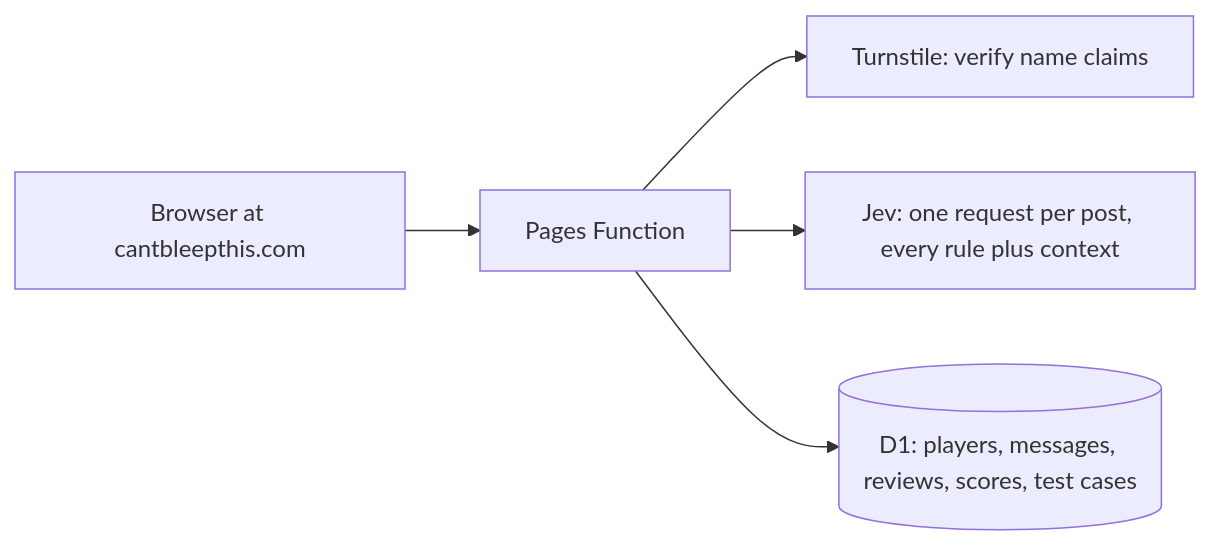
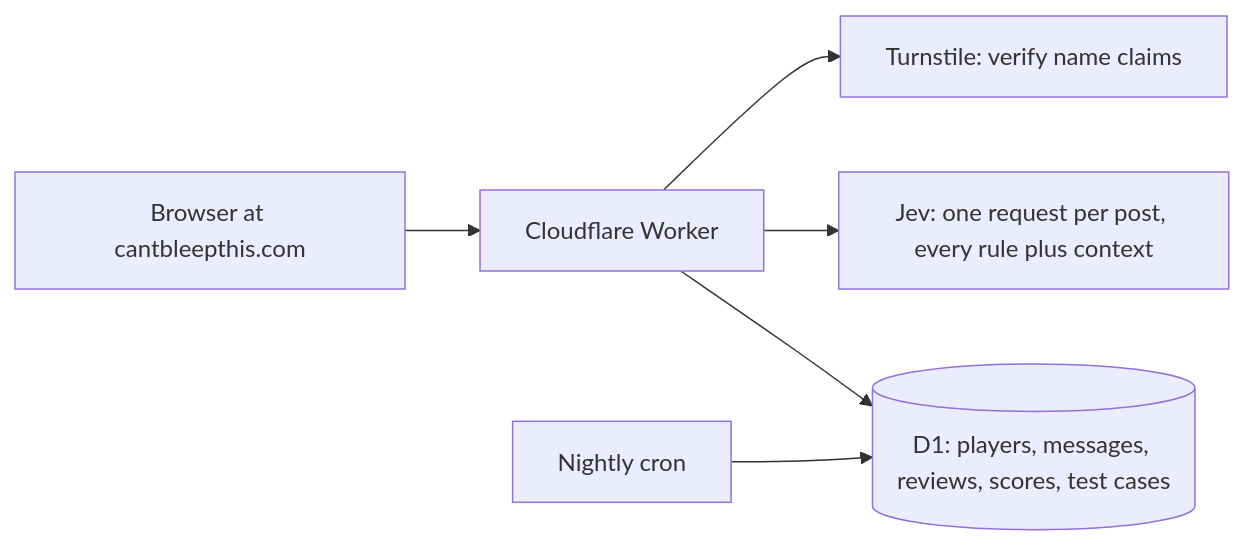
One commit to igrady2/cant-bleep-this changed the diagram in docs/PRD.md. Above: the diagram before and after it, drawn with Mermaid. The commit also changed other lines of this file, not shown here.

````diff
--- a/docs/PRD.md
+++ b/docs/PRD.md
@@ -178,7 +178,8 @@
 ```mermaid
 flowchart LR
-  B[Browser at cantbleepthis.com] --> F[Pages Function]
+  B[Browser at cantbleepthis.com] --> F[Cloudflare Worker]
   F --> T[Turnstile: verify name claims]
   F --> J[Jev: one request per post, every rule plus context]
   F --> D[(D1: players, messages, reviews, scores, test cases)]
+  C[Nightly cron] --> D
 ```
````
